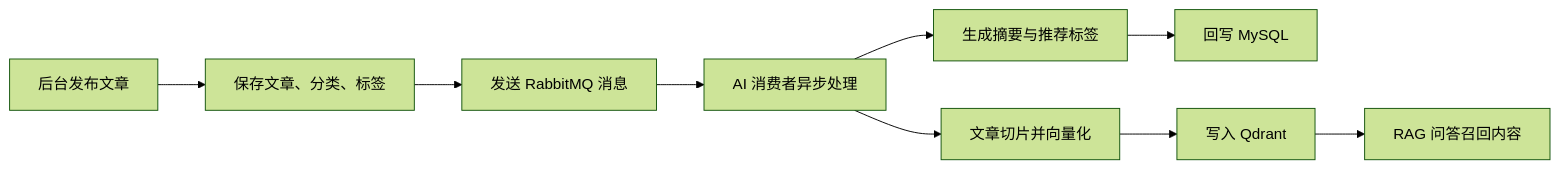
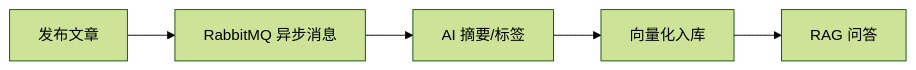
Before and after one commit to w-p-lover/w-p_blog: the first of 2 diagrams in README.md, drawn with Mermaid (forest theme). The commit also changed other lines of this file and 1 other file, not shown here.

````diff
--- a/README.md
+++ b/README.md
@@ -116,11 +73,7 @@
 ```mermaid
 flowchart LR
-    A["后台发布文章"] --> B["保存文章、分类、标签"]
-    B --> C["发送 RabbitMQ 消息"]
-    C --> D["AI 消费者异步处理"]
-    D --> E["生成摘要与推荐标签"]
-    D --> F["文章切片并向量化"]
-    E --> G["回写 MySQL"]
-    F --> H["写入 Qdrant"]
-    H --> I["RAG 问答召回内容"]
+    A["发布文章"] --> B["RabbitMQ 异步消息"]
+    B --> C["AI 摘要/标签"]
+    C --> D["向量化入库"]
+    D --> E["RAG 问答"]
 ```
````
